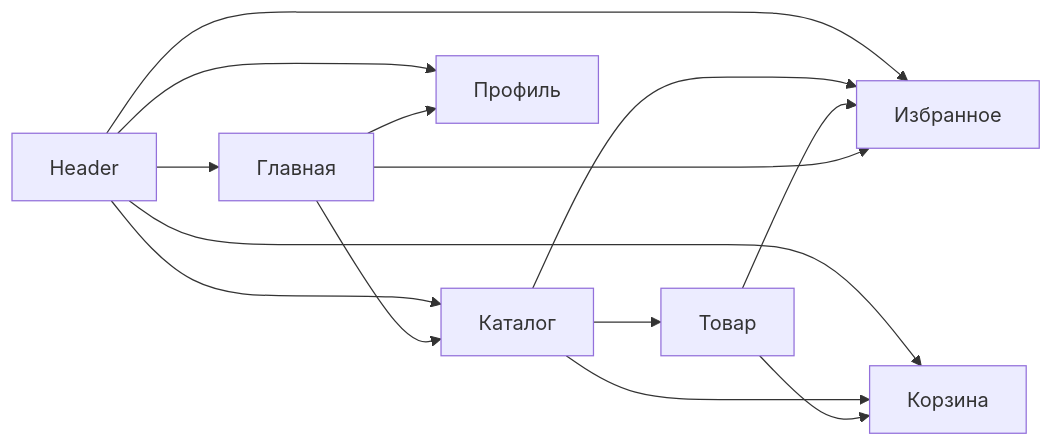
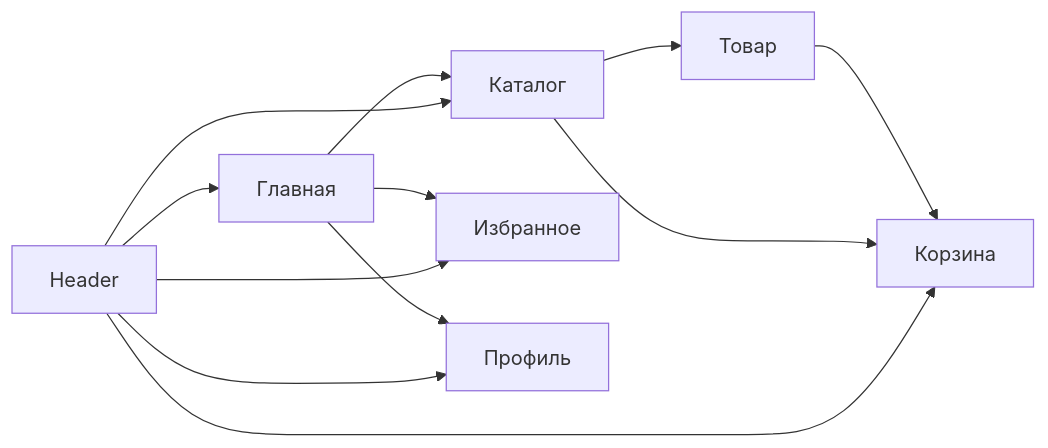
One commit to katushkinnnns/tennis changed the third of 3 diagrams in documents/PROJECT_DOCUMENTATION.md. Above: the diagram before and after it, drawn with Mermaid. The commit also changed other lines of this file and 22 other files, not shown here.

````diff
--- a/documents/PROJECT_DOCUMENTATION.md
+++ b/documents/PROJECT_DOCUMENTATION.md
@@ -606,16 +562,14 @@
 ```mermaid
 flowchart LR
     Home[Главная] --> Products[Каталог]
     Home --> Favorites[Избранное]
     Home --> User[Профиль]
     Products --> Detail[Товар]
     Detail --> Cart[Корзина]
-    Detail --> Favorites
     Products --> Cart
-    Products --> Favorites
     Header[Header] --> Home
     Header --> Products
     Header --> Cart
     Header --> Favorites
     Header --> User
 ```
````
